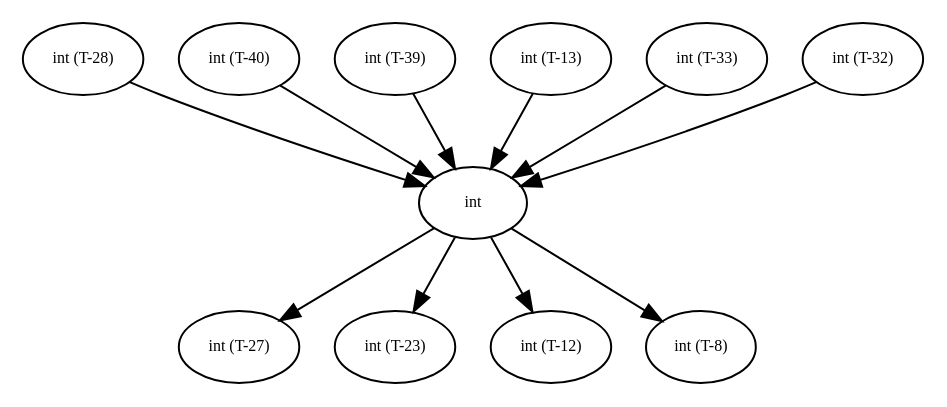
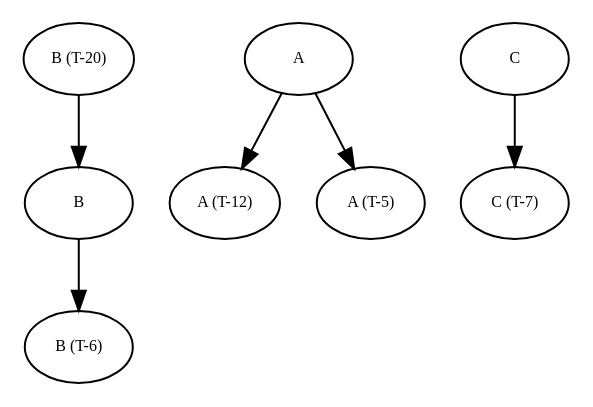
One commit to amso100/livescript-declarations changed the diagram in graphs/debug_tree0.dot. Above: the diagram before and after it, drawn with Graphviz. The commit also changed 12 other files, not shown here.

```diff
--- a/graphs/debug_tree0.dot
+++ b/graphs/debug_tree0.dot
@@ -1,96 +1,61 @@
 digraph RGL__DirectedAdjacencyGraph {
-    "int (T-28)" [
+    "B (T-20)" [
         fontsize = 8,
-        label = "int (T-28)"
+        label = "B (T-20)"
     ]
 
-    int [
+    B [
         fontsize = 8,
-        label = int
+        label = B
     ]
 
-    "int (T-27)" [
+    "B (T-6)" [
         fontsize = 8,
-        label = "int (T-27)"
+        label = "B (T-6)"
     ]
 
-    "int (T-23)" [
+    A [
         fontsize = 8,
-        label = "int (T-23)"
+        label = A
     ]
 
-    "int (T-12)" [
+    "A (T-12)" [
         fontsize = 8,
-        label = "int (T-12)"
+        label = "A (T-12)"
     ]
 
-    "int (T-8)" [
+    "A (T-5)" [
         fontsize = 8,
-        label = "int (T-8)"
+        label = "A (T-5)"
     ]
 
-    "int (T-40)" [
+    C [
         fontsize = 8,
-        label = "int (T-40)"
+        label = C
     ]
 
-    "int (T-39)" [
+    "C (T-7)" [
         fontsize = 8,
-        label = "int (T-39)"
+        label = "C (T-7)"
     ]
 
-    "int (T-13)" [
-        fontsize = 8,
-        label = "int (T-13)"
-    ]
-
-    "int (T-33)" [
-        fontsize = 8,
-        label = "int (T-33)"
-    ]
-
-    "int (T-32)" [
-        fontsize = 8,
-        label = "int (T-32)"
-    ]
-
-    "int (T-28)" -> int [
+    "B (T-20)" -> B [
         fontsize = 8
     ]
 
-    int -> "int (T-27)" [
+    B -> "B (T-6)" [
         fontsize = 8
     ]
 
-    int -> "int (T-23)" [
+    A -> "A (T-12)" [
         fontsize = 8
     ]
 
-    int -> "int (T-12)" [
+    A -> "A (T-5)" [
         fontsize = 8
     ]
 
-    int -> "int (T-8)" [
-        fontsize = 8
-    ]
-
-    "int (T-40)" -> int [
-        fontsize = 8
-    ]
-
-    "int (T-39)" -> int [
-        fontsize = 8
-    ]
-
-    "int (T-13)" -> int [
-        fontsize = 8
-    ]
-
-    "int (T-33)" -> int [
-        fontsize = 8
-    ]
-
-    "int (T-32)" -> int [
+    C -> "C (T-7)" [
         fontsize = 8
     ]
 }
```
